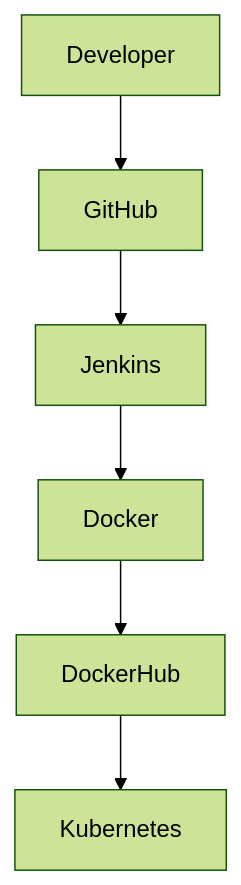
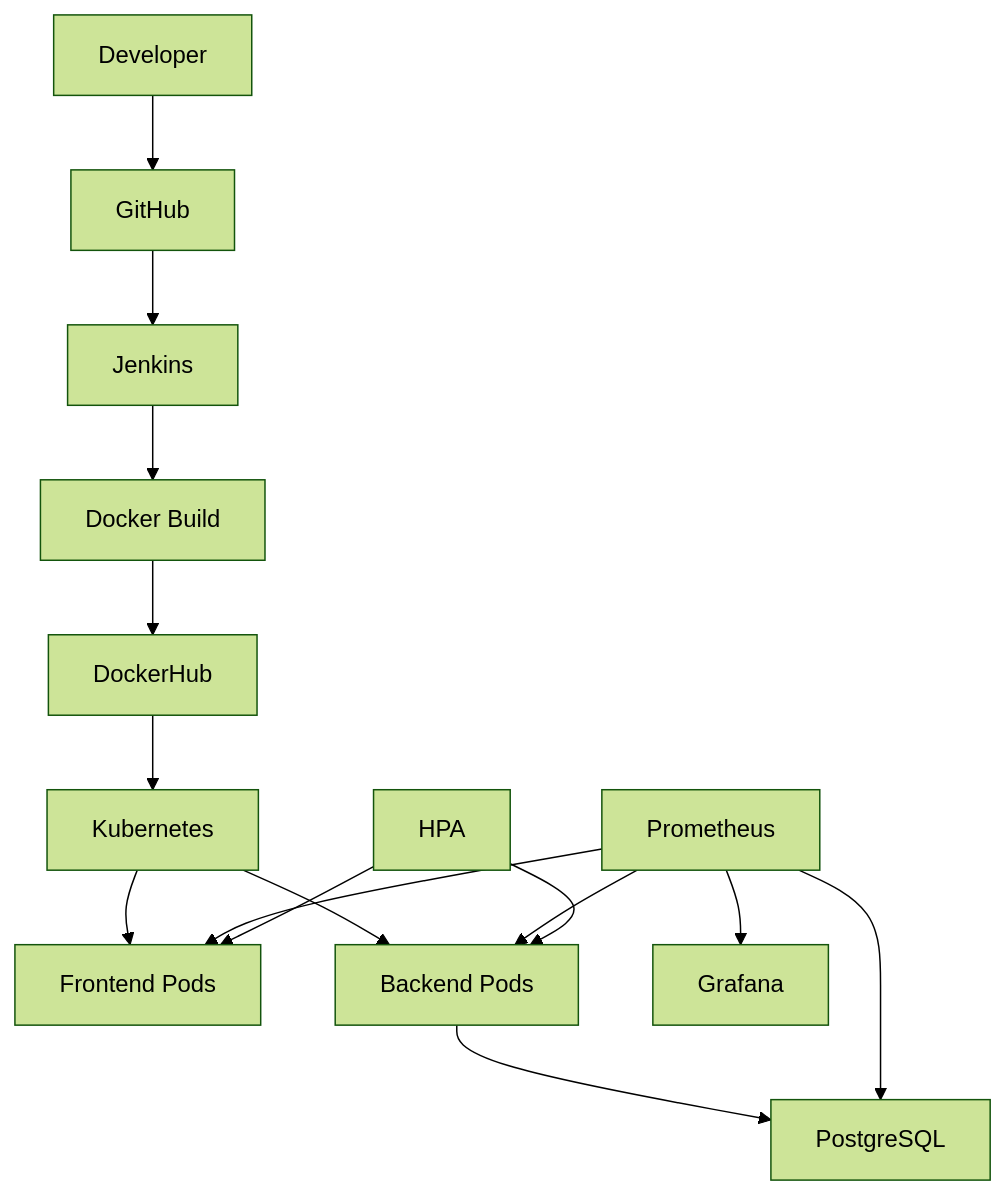
One commit to naveenthegreat/Devops-3tier-Project changed the diagram in devops-project/README.md. Above: the diagram before and after it, drawn with Mermaid (forest theme). The commit also changed other lines of this file, not shown here.

````diff
--- a/devops-project/README.md
+++ b/devops-project/README.md
@@ -10,8 +10,21 @@
 ```mermaid
 flowchart TD
-Developer --> GitHub
-GitHub --> Jenkins
-Jenkins --> Docker
-Docker --> DockerHub
-DockerHub --> Kubernetes
+    Dev[Developer] --> GitHub
+    GitHub --> Jenkins
+    Jenkins --> DockerBuild[Docker Build]
+    DockerBuild --> DockerHub
+    DockerHub --> Kubernetes
+
+    Kubernetes --> Frontend[Frontend Pods]
+    Kubernetes --> Backend[Backend Pods]
+    Backend --> PostgreSQL
+
+    Prometheus --> Frontend
+    Prometheus --> Backend
+    Prometheus --> PostgreSQL
+
+    Prometheus --> Grafana
+
+    HPA --> Frontend
+    HPA --> Backend
 ```
````
